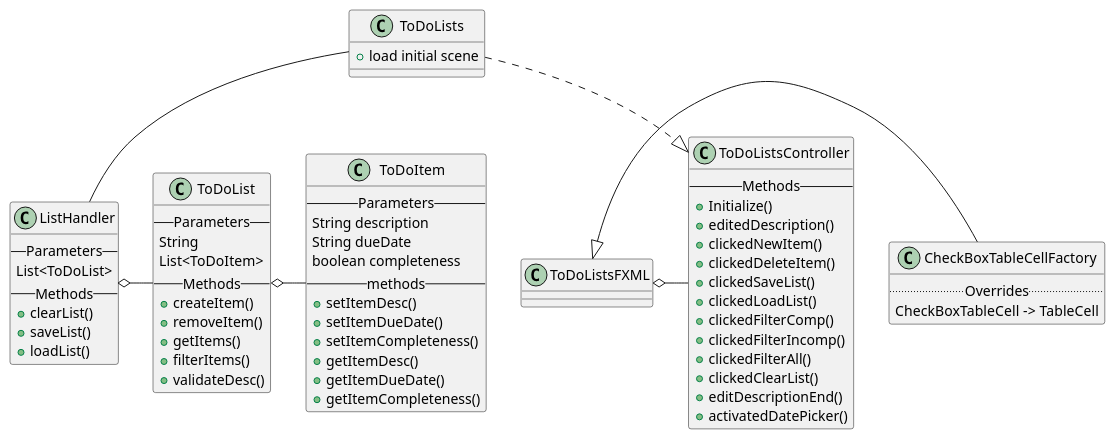
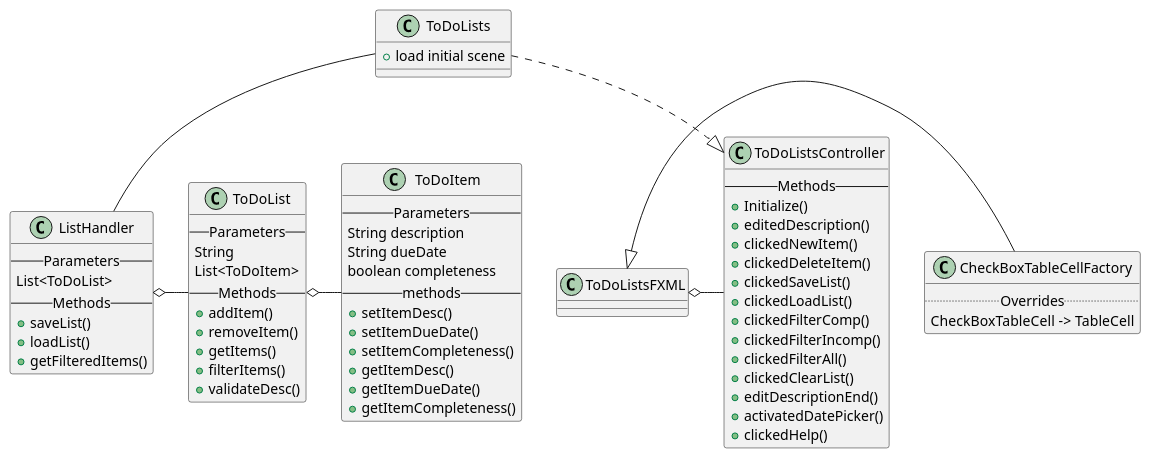
The diagram in src/uml/Assignment04.puml (K-Schiffli/Schiffli-5856-a5), drawn with PlantUML before and after one commit.

Commit message:
Updated UML

```diff
--- a/src/uml/Assignment04.puml
+++ b/src/uml/Assignment04.puml
@@ -1,72 +1,73 @@
 @startuml
 'https://plantuml.com/class-diagram
 
 Class ToDoLists{
 +load initial scene
 }
 
 Class ToDoListsController{
 --Methods--
 +Initialize()
 +editedDescription()
 +clickedNewItem()
 +clickedDeleteItem()
 +clickedSaveList()
 +clickedLoadList()
 +clickedFilterComp()
 +clickedFilterIncomp()
 +clickedFilterAll()
 +clickedClearList()
 +editDescriptionEnd()
 +activatedDatePicker()
++clickedHelp()
 }
 
 Class ListHandler{
 --Parameters--
 List<ToDoList>
 --Methods--
-+clearList()
 +saveList()
 +loadList()
++getFilteredItems()
 }
 
 Class ToDoList{
 --Parameters--
 String
 List<ToDoItem>
 --Methods--
-+createItem()
++addItem()
 +removeItem()
 +getItems()
 +filterItems()
 +validateDesc()
 }
 
 Class ToDoItem{
 --Parameters--
 String description
 String dueDate
 boolean completeness
 --methods--
 +setItemDesc()
 +setItemDueDate()
 +setItemCompleteness()
 +getItemDesc()
 +getItemDueDate()
 +getItemCompleteness()
 }
 
 Class CheckBoxTableCellFactory{
 ..Overrides..
 CheckBoxTableCell -> TableCell
 }
 
 
 ToDoLists ..|> ToDoListsController
 ToDoLists -- ListHandler
 ListHandler o- ToDoList
 ToDoList o- ToDoItem
 ToDoListsFXML <|- CheckBoxTableCellFactory
 ToDoListsFXML o- ToDoListsController
 
 @enduml
```
